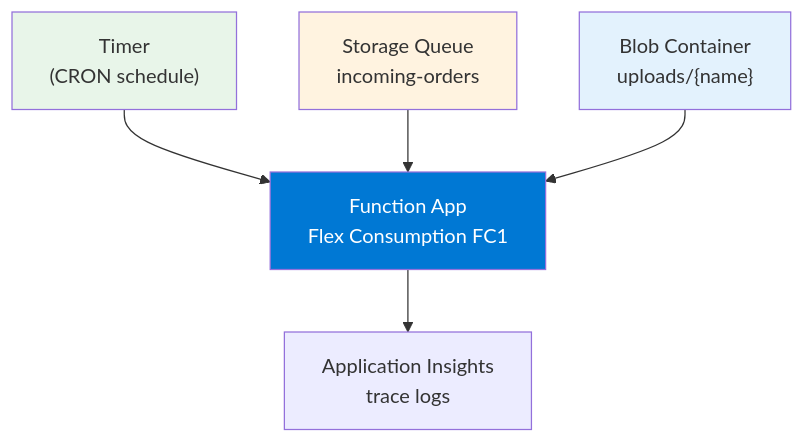
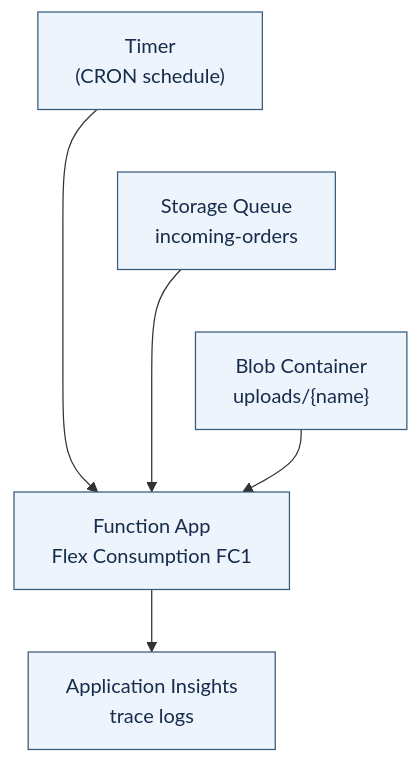
The first of 2 diagrams in docs/language-guides/java/tutorial/flex-consumption/07-extending-triggers.md (yeongseon/azure-functions-practical-guide), drawn with Mermaid before and after one commit. The commit also changed other lines of this file and 4 other files, not shown here.

First line of the commit message:
docs(diagrams): improve Java extending-trigger diagram readability (#493)

````diff
--- a/docs/language-guides/java/tutorial/flex-consumption/07-extending-triggers.md
+++ b/docs/language-guides/java/tutorial/flex-consumption/07-extending-triggers.md
@@ -64,12 +64,14 @@
 ```mermaid
 flowchart TD
-    TIMER["Timer\n(CRON schedule)"] --> FA[Function App\nFlex Consumption FC1]
-    QUEUE["Storage Queue\nincoming-orders"] --> FA
-    BLOB["Blob Container\nuploads/{name}"] --> FA
-    FA --> LOGS["Application Insights\ntrace logs"]
+    accTitle: Java Flex Consumption trigger overview
+    accDescr: Conceptual timer, incoming-orders queue, and uploads blob paths to a Flex Consumption FC1 Function App and Application Insights trace logs; trigger arrows are associations, not HTTP ingress or network initiator paths.
+    TIMER["Timer<br/>(CRON schedule)"] --> FA["Function App<br/>Flex Consumption FC1"]
+    QUEUE["Storage Queue<br/>incoming-orders"] --> FA
+    BLOB["Blob Container<br/>uploads/{name}"] --> FA
+    FA --> LOGS["Application Insights<br/>trace logs"]
+    %% Layout-only links tier trigger sources; no execution steps or arrows added.
+    TIMER ~~~ QUEUE
+    QUEUE ~~~ BLOB
 
-    style FA fill:#0078d4,color:#fff
-    style TIMER fill:#E8F5E9
-    style QUEUE fill:#FFF3E0
-    style BLOB fill:#E3F2FD
+    classDef default fill:#eef4fb,stroke:#365a7c,color:#172b4d
 ```
````
